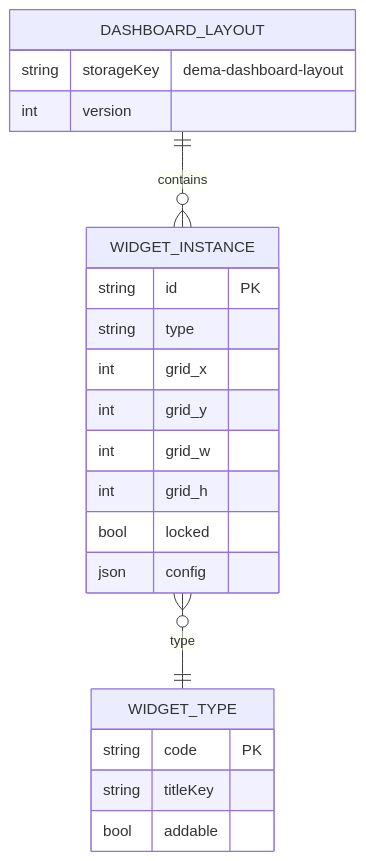
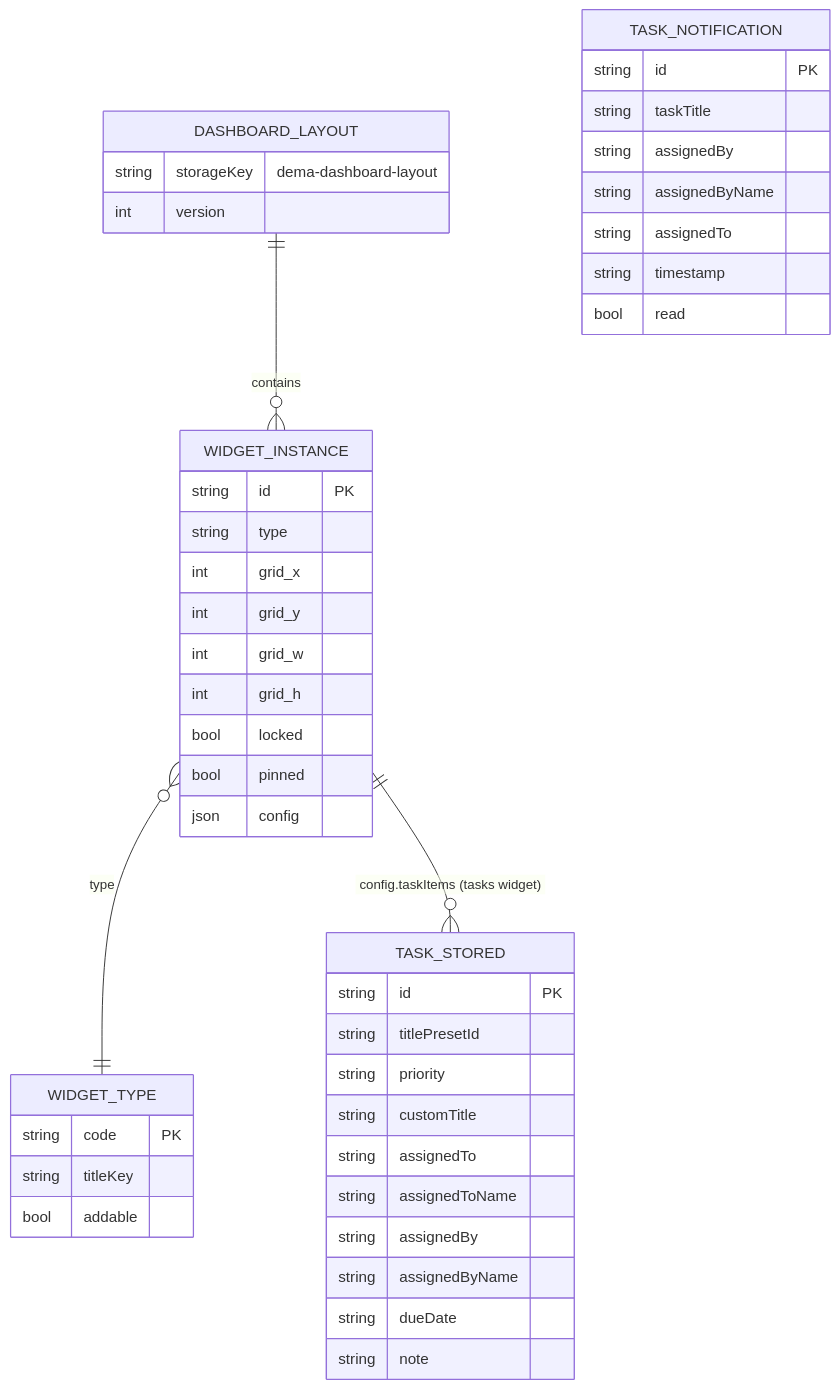
Before and after one commit to Vedant-dema/dashboard: the first of 7 diagrams in docs/Detailed report/DashboardHome-Service-Spec.md, drawn with Mermaid. The commit also changed other lines of this file and 14 other files, not shown here.

````diff
--- a/docs/Detailed report/DashboardHome-Service-Spec.md
+++ b/docs/Detailed report/DashboardHome-Service-Spec.md
@@ -143,27 +267,52 @@
 ```mermaid
 erDiagram
   DASHBOARD_LAYOUT {
     string storageKey "dema-dashboard-layout"
     int version
   }
 
   WIDGET_INSTANCE {
     string id PK
     string type
     int grid_x
     int grid_y
     int grid_w
     int grid_h
     bool locked
+    bool pinned
     json config
   }
 
   WIDGET_TYPE {
     string code PK
     string titleKey
     bool addable
   }
 
+  TASK_STORED {
+    string id PK
+    string titlePresetId
+    string priority
+    string customTitle
+    string assignedTo
+    string assignedToName
+    string assignedBy
+    string assignedByName
+    string dueDate
+    string note
+  }
+
+  TASK_NOTIFICATION {
+    string id PK
+    string taskTitle
+    string assignedBy
+    string assignedByName
+    string assignedTo
+    string timestamp
+    bool read
+  }
+
   DASHBOARD_LAYOUT ||--o{ WIDGET_INSTANCE : contains
   WIDGET_INSTANCE }o--|| WIDGET_TYPE : "type"
+  WIDGET_INSTANCE ||--o{ TASK_STORED : "config.taskItems (tasks widget)"
 ```
````
